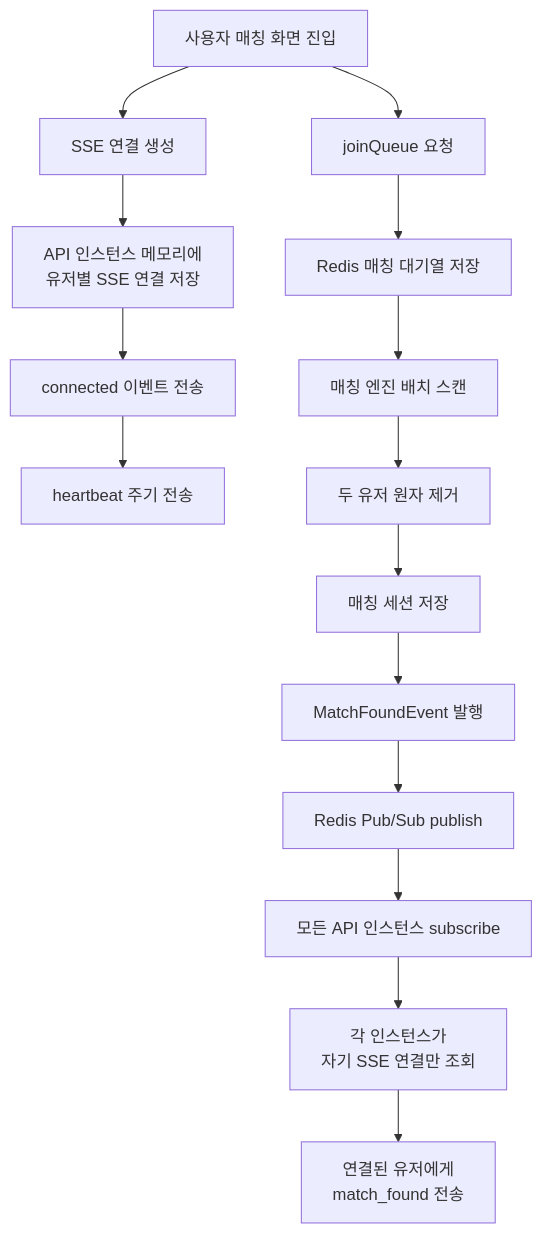
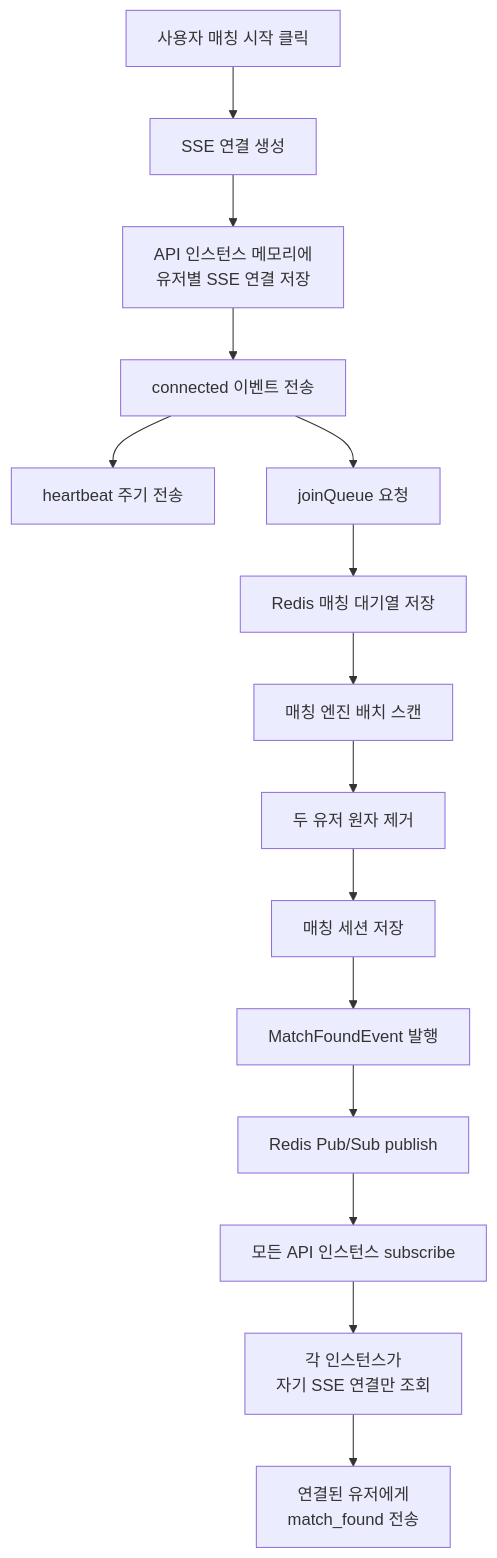
Before and after one commit to moonwhistle/League-of-Star: the second of 2 diagrams in docs/antigravity/backend/issue-28-match-notification-sse.md, drawn with Mermaid. The commit also changed other lines of this file and 12 other files, not shown here.

````diff
--- a/docs/antigravity/backend/issue-28-match-notification-sse.md
+++ b/docs/antigravity/backend/issue-28-match-notification-sse.md
@@ -946,18 +947,18 @@
 ```mermaid
 flowchart TD
-    A[사용자 매칭 화면 진입] --> B[SSE 연결 생성]
+    A[사용자 매칭 시작 클릭] --> B[SSE 연결 생성]
     B --> C[API 인스턴스 메모리에<br/>유저별 SSE 연결 저장]
     C --> D[connected 이벤트 전송]
     D --> E[heartbeat 주기 전송]
 
-    A --> F[joinQueue 요청]
+    D --> F[joinQueue 요청]
     F --> G[Redis 매칭 대기열 저장]
     G --> H[매칭 엔진 배치 스캔]
     H --> I[두 유저 원자 제거]
     I --> J[매칭 세션 저장]
     J --> K[MatchFoundEvent 발행]
     K --> L[Redis Pub/Sub publish]
     L --> M[모든 API 인스턴스 subscribe]
     M --> N[각 인스턴스가<br/>자기 SSE 연결만 조회]
     N --> O[연결된 유저에게<br/>match_found 전송]
 ```
````
